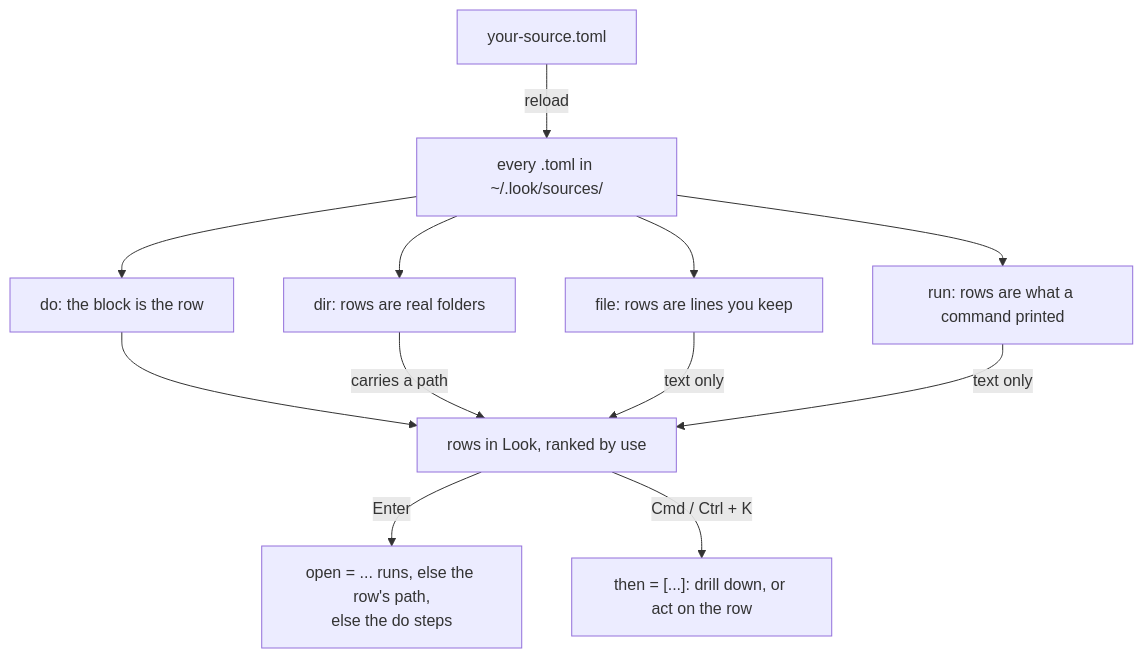
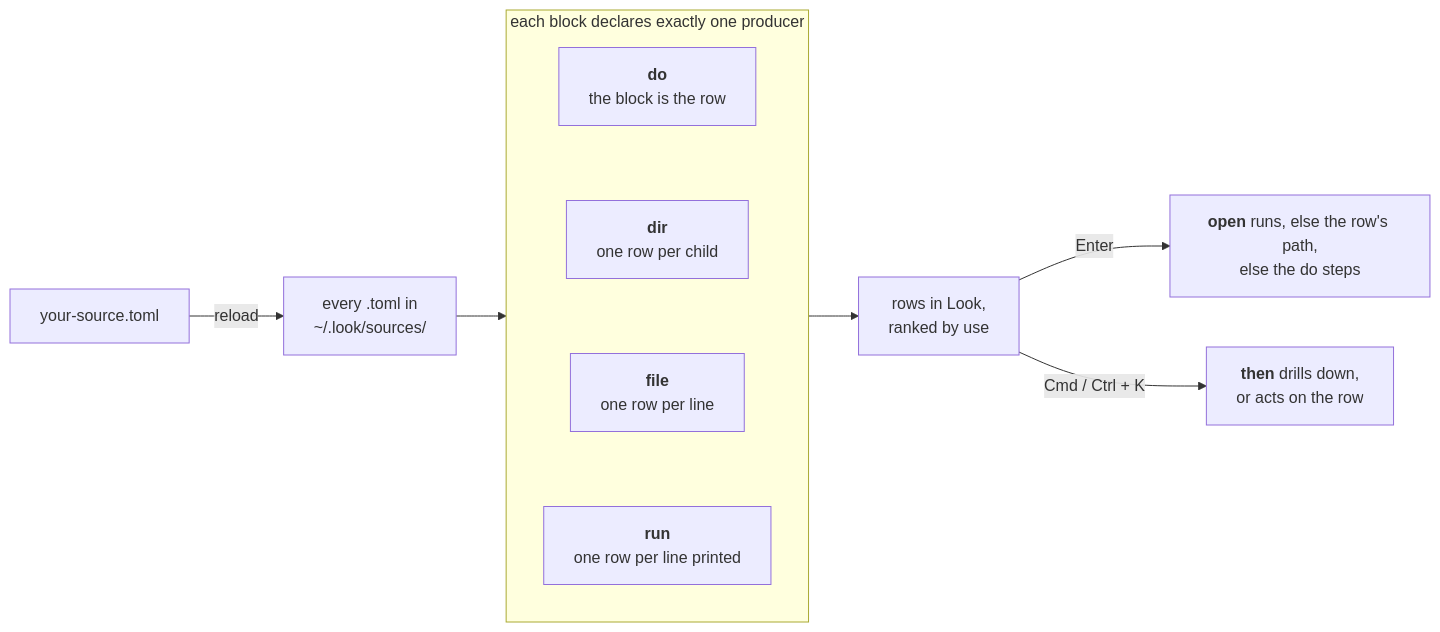
The diagram in README.md (kunkka19xx/lookbook), drawn with Mermaid before and after one commit.

Commit message:
update charts

````diff
--- a/README.md
+++ b/README.md
@@ -25,14 +25,18 @@
 ```mermaid
-flowchart TD
-    F["your-source.toml"] -->|reload| L["every .toml in ~/.look/sources/"]
-    L --> B1["do: the block is the row"]
-    L --> B2["dir: rows are real folders"]
-    L --> B3["file: rows are lines you keep"]
-    L --> B4["run: rows are what a command printed"]
-    B1 --> S["rows in Look, ranked by use"]
-    B2 -->|"carries a path"| S
-    B3 -->|"text only"| S
-    B4 -->|"text only"| S
-    S -->|Enter| A["open = ... runs, else the row's path,<br/>else the do steps"]
-    S -->|"Cmd / Ctrl + K"| T["then = [...]: drill down, or act on the row"]
+flowchart LR
+    F["your-source.toml"] -->|reload| L["every .toml in<br/>~/.look/sources/"]
+    L --> P
+
+    subgraph P["each block declares exactly one producer"]
+        direction TB
+        B1["<b>do</b><br/>the block is the row"]
+        B2["<b>dir</b><br/>one row per child"]
+        B3["<b>file</b><br/>one row per line"]
+        B4["<b>run</b><br/>one row per line printed"]
+        B1 ~~~ B2 ~~~ B3 ~~~ B4
+    end
+
+    P --> S["rows in Look,<br/>ranked by use"]
+    S -->|Enter| A["<b>open</b> runs, else the row's path,<br/>else the do steps"]
+    S -->|"Cmd / Ctrl + K"| T["<b>then</b> drills down,<br/>or acts on the row"]
 ```
````
